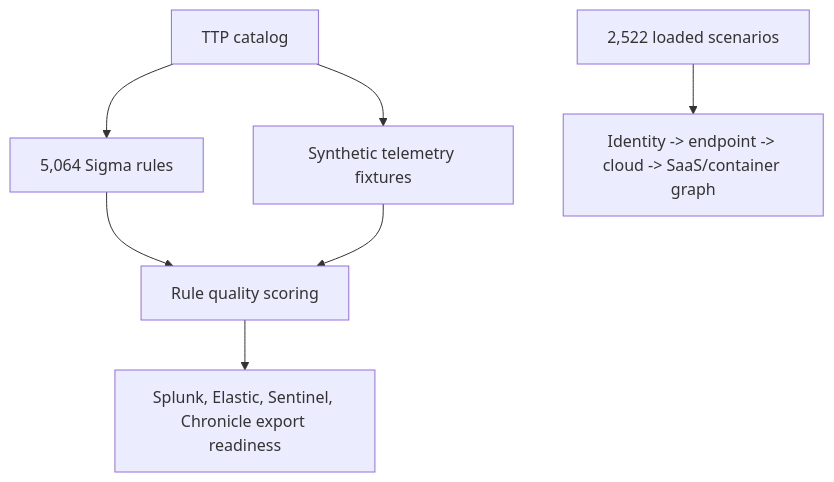
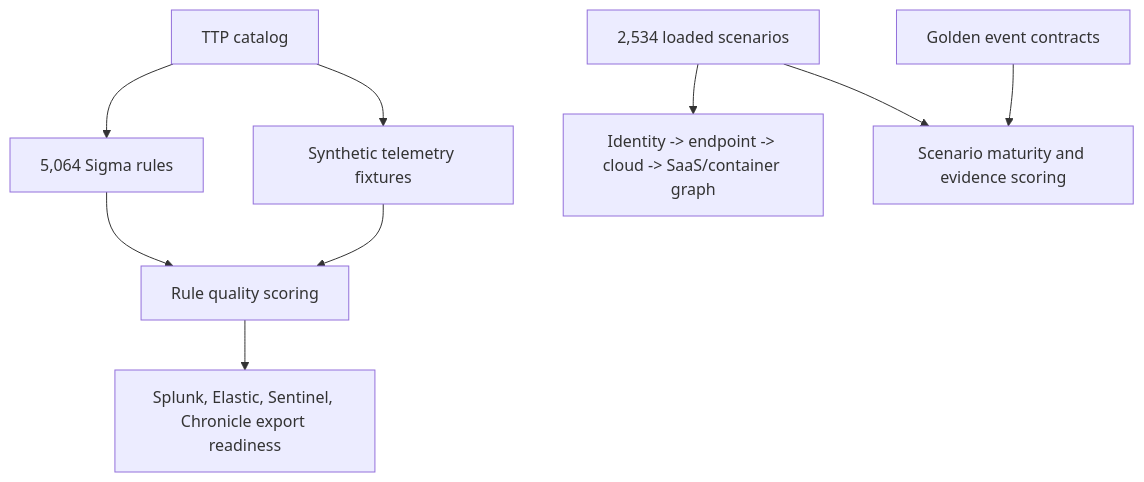
One commit to omarbabba779xx/APT-Simulator changed the fifth of 5 diagrams in README.md. Above: the diagram before and after it, drawn with Mermaid. The commit also changed other lines of this file and 30 other files, not shown here.

````diff
--- a/README.md
+++ b/README.md
@@ -90,9 +98,11 @@
 ```mermaid
 flowchart TD
     Catalog["TTP catalog"] --> Sigma["5,064 Sigma rules"]
     Catalog --> Events["Synthetic telemetry fixtures"]
     Sigma --> Workbench["Rule quality scoring"]
     Events --> Workbench
     Workbench --> Targets["Splunk, Elastic, Sentinel, Chronicle export readiness"]
-    Scenarios["2,522 loaded scenarios"] --> Exposure["Identity -> endpoint -> cloud -> SaaS/container graph"]
+    Scenarios["2,534 loaded scenarios"] --> Exposure["Identity -> endpoint -> cloud -> SaaS/container graph"]
+    Scenarios --> Maturity["Scenario maturity and evidence scoring"]
+    Evidence["Golden event contracts"] --> Maturity
 ```
````
